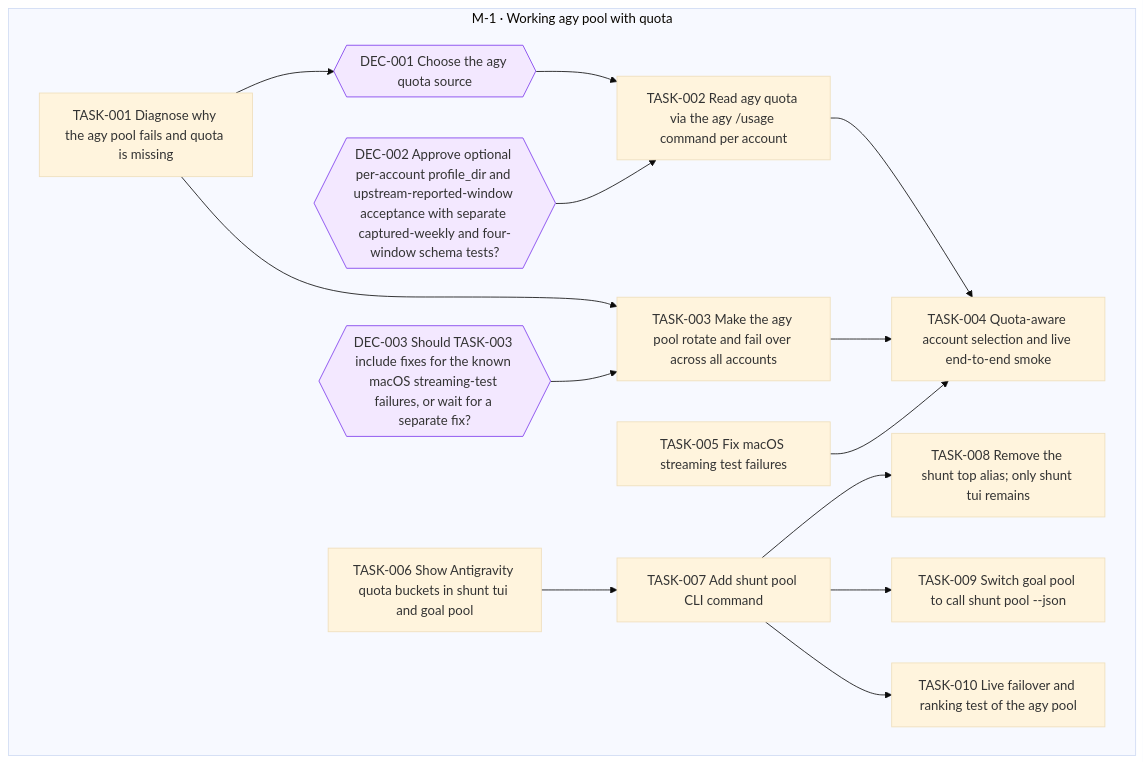
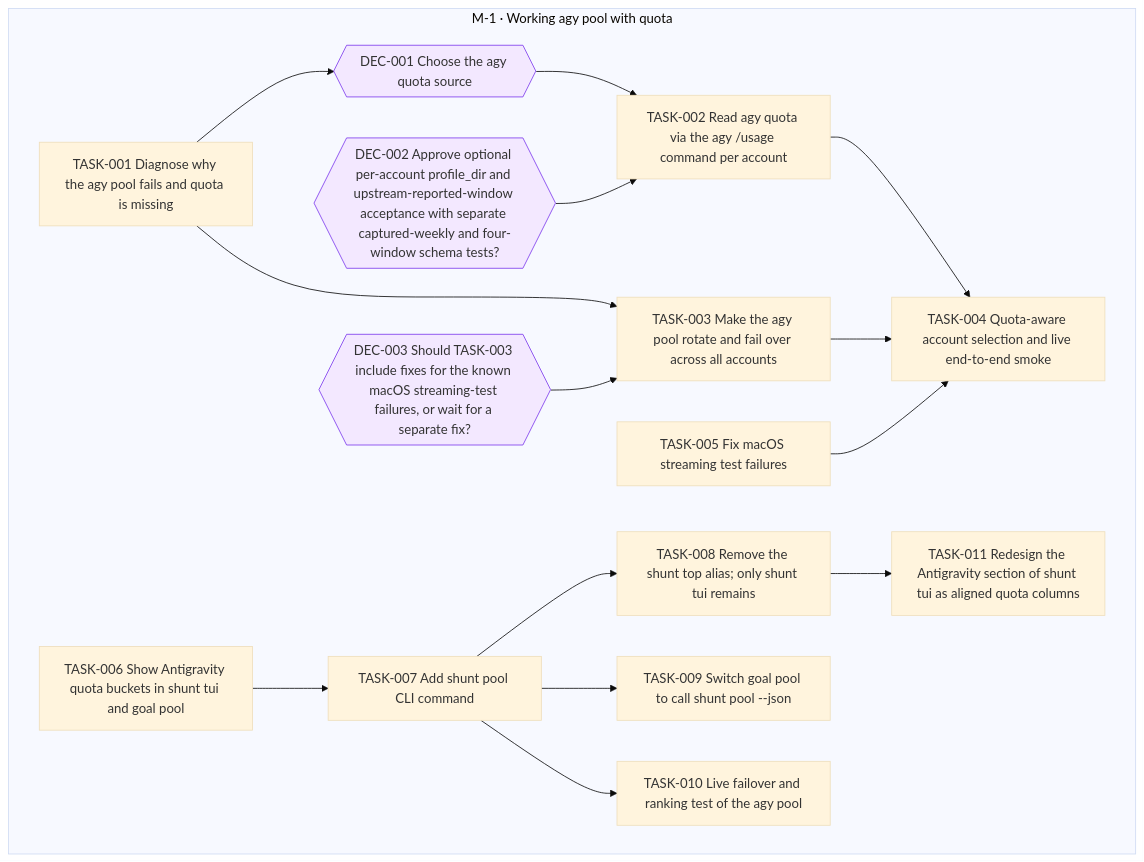
One commit to jesusvillota/shunt changed the diagram in goals/agy-pool/README.md. Above: the diagram before and after it, drawn with Mermaid (base theme). The commit also changed 1 other file, not shown here.

Commit message:
goal(agy-pool): add TASK-011 Redesign the Antigravity section of shunt tui as aligned quota columns

````diff
--- a/goals/agy-pool/README.md
+++ b/goals/agy-pool/README.md
@@ -19,36 +19,38 @@
 ```mermaid
 flowchart TD
   subgraph M_1["M-1 · Working agy pool with quota"]
     DEC_001{{"DEC-001 Choose the agy quota source"}}
     DEC_002{{"DEC-002 Approve optional per-account profile_dir and upstream-reported-window acceptance with separate captured-weekly and four-window schema tests?"}}
     DEC_003{{"DEC-003 Should TASK-003 include fixes for the known macOS streaming-test failures, or wait for a separate fix?"}}
     TASK_001["TASK-001 Diagnose why the agy pool fails and quota is missing"]
     TASK_002["TASK-002 Read agy quota via the agy /usage command per account"]
     TASK_003["TASK-003 Make the agy pool rotate and fail over across all accounts"]
     TASK_004["TASK-004 Quota-aware account selection and live end-to-end smoke"]
     TASK_005["TASK-005 Fix macOS streaming test failures"]
     TASK_006["TASK-006 Show Antigravity quota buckets in shunt tui and goal pool"]
     TASK_007["TASK-007 Add shunt pool CLI command"]
     TASK_008["TASK-008 Remove the shunt top alias; only shunt tui remains"]
     TASK_009["TASK-009 Switch goal pool to call shunt pool --json"]
     TASK_010["TASK-010 Live failover and ranking test of the agy pool"]
+    TASK_011["TASK-011 Redesign the Antigravity section of shunt tui as aligned quota columns"]
   end
   TASK_001 --> DEC_001
   DEC_001 --> TASK_002
   DEC_002 --> TASK_002
   TASK_001 --> TASK_003
   DEC_003 --> TASK_003
   TASK_002 --> TASK_004
   TASK_003 --> TASK_004
   TASK_005 --> TASK_004
   TASK_006 --> TASK_007
   TASK_007 --> TASK_008
   TASK_007 --> TASK_009
   TASK_007 --> TASK_010
+  TASK_008 --> TASK_011
   classDef draft stroke-dasharray: 4 3
   classDef cancelled opacity:0.45
   classDef decision fill:#f3e8ff,stroke:#7c3aed
   class DEC_001 decision
   class DEC_002 decision
   class DEC_003 decision
 ```
````
